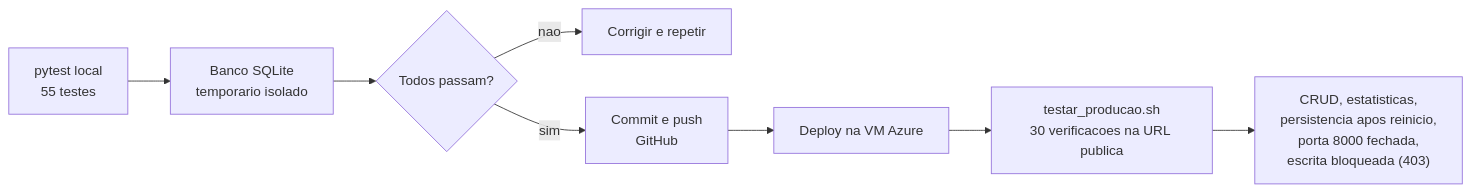
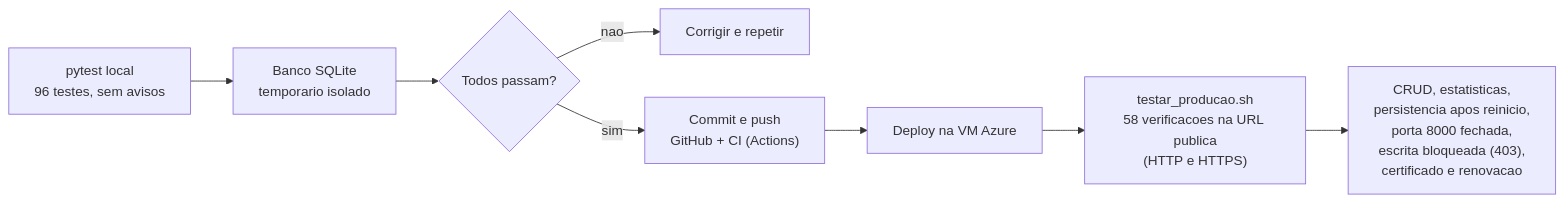
The diagram in docs/diagramas/06-fluxo-testes-validacao.md (brenoaveiro/api-tarefas-fastapi-sqlite-azure), drawn with Mermaid before and after one commit. The commit also changed 14 other files, not shown here.

````diff
--- a/docs/diagramas/06-fluxo-testes-validacao.md
+++ b/docs/diagramas/06-fluxo-testes-validacao.md
@@ -3,10 +3,10 @@
 ```mermaid
 flowchart LR
-    A["pytest local\n55 testes"] --> B["Banco SQLite\ntemporario isolado"]
+    A["pytest local\n96 testes, sem avisos"] --> B["Banco SQLite\ntemporario isolado"]
     B --> C{"Todos passam?"}
     C -->|nao| D["Corrigir e repetir"]
-    C -->|sim| E["Commit e push\nGitHub"]
+    C -->|sim| E["Commit e push\nGitHub + CI (Actions)"]
     E --> F["Deploy na VM Azure"]
-    F --> G["testar_producao.sh\n30 verificacoes na URL publica"]
-    G --> H["CRUD, estatisticas,\npersistencia apos reinicio,\nporta 8000 fechada,\nescrita bloqueada (403)"]
+    F --> G["testar_producao.sh\n58 verificacoes na URL publica\n(HTTP e HTTPS)"]
+    G --> H["CRUD, estatisticas,\npersistencia apos reinicio,\nporta 8000 fechada,\nescrita bloqueada (403),\ncertificado e renovacao"]
 ```
````
